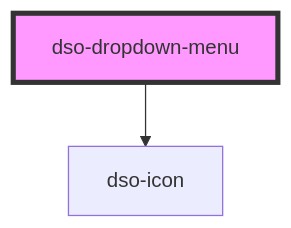
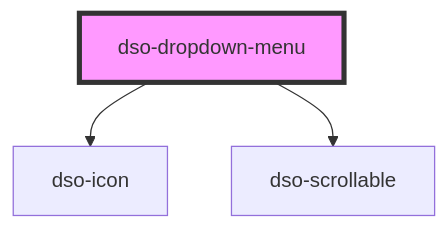
The diagram in packages/core/src/components/dropdown-menu/readme.md (dso-toolkit/dso-toolkit), drawn with Mermaid before and after one commit. The commit also changed other lines of this file and 9 other files, not shown here.

Commit message:
#3844 [Changed] Header: WCAG bevinding Op 400% Zoom tab focus verdwijnt uit beeld in het dropdown menu

````diff
--- a/packages/core/src/components/dropdown-menu/readme.md
+++ b/packages/core/src/components/dropdown-menu/readme.md
@@ -25,5 +26,6 @@
 ```mermaid
 graph TD;
   dso-dropdown-menu --> dso-icon
+  dso-dropdown-menu --> dso-scrollable
   style dso-dropdown-menu fill:#f9f,stroke:#333,stroke-width:4px
 ```
````
